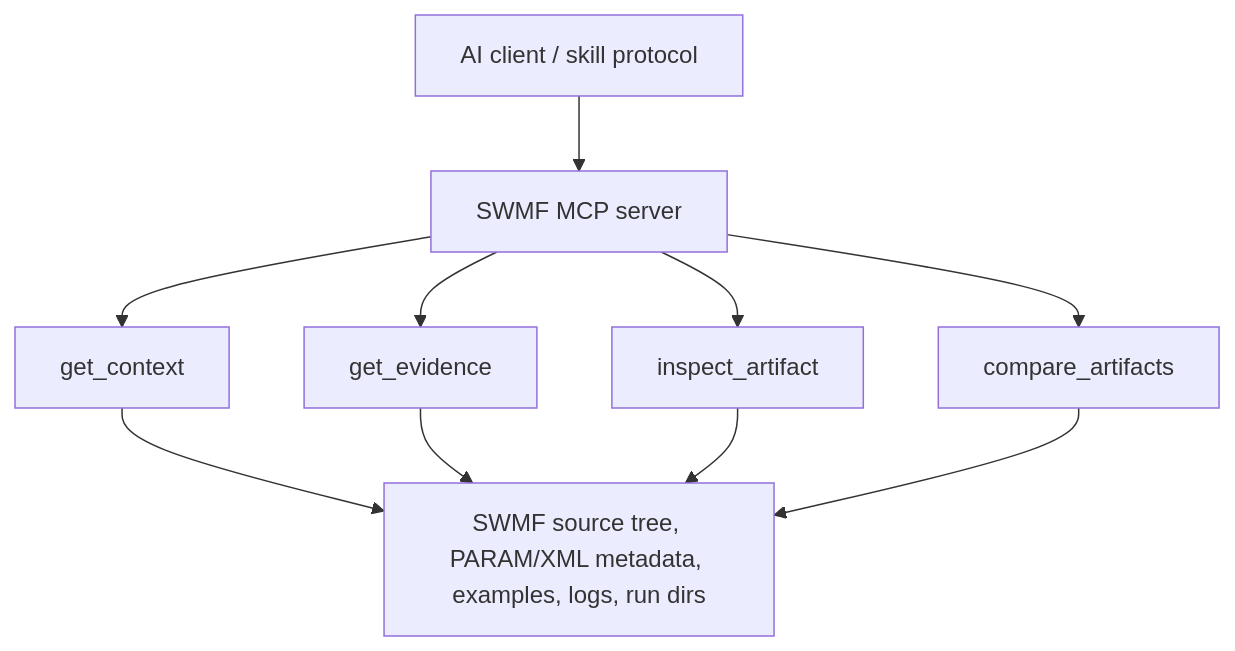
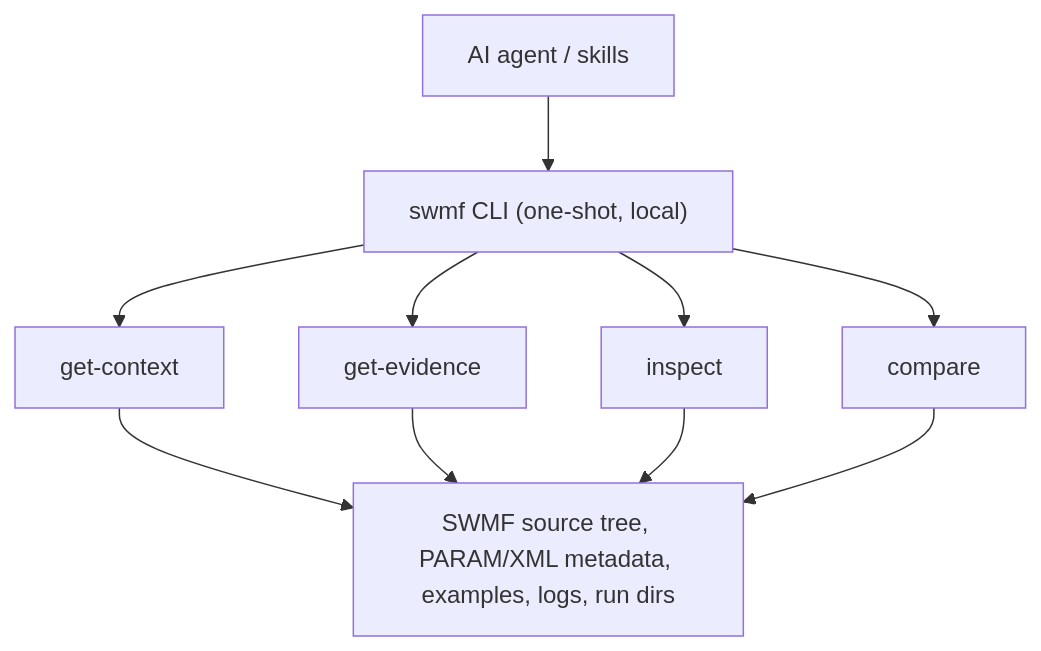
The diagram in README.md (KehengZhu/SWMF-MCP-Server), drawn with Mermaid before and after one commit. The commit also changed other lines of this file and 120 other files, not shown here.

Commit message:
switched from MCP to CLI

````diff
--- a/README.md
+++ b/README.md
@@ -7,13 +7,13 @@
 ```mermaid
 flowchart TD
-    CLIENT["AI client / skill protocol"] --> MCP["SWMF MCP server"]
-    MCP --> T1["get_context"]
-    MCP --> T2["get_evidence"]
-    MCP --> T3["inspect_artifact"]
-    MCP --> T4["compare_artifacts"]
+    CLIENT["AI agent / skills"] --> CLI["swmf CLI (one-shot, local)"]
+    CLI --> T1["get-context"]
+    CLI --> T2["get-evidence"]
+    CLI --> T3["inspect"]
+    CLI --> T4["compare"]
 
     T1 --> BACKEND["SWMF source tree, PARAM/XML metadata, examples, logs, run dirs"]
     T2 --> BACKEND
     T3 --> BACKEND
     T4 --> BACKEND
 ```
````
